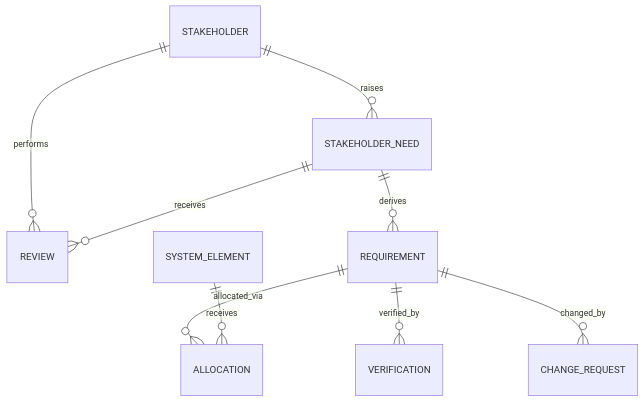
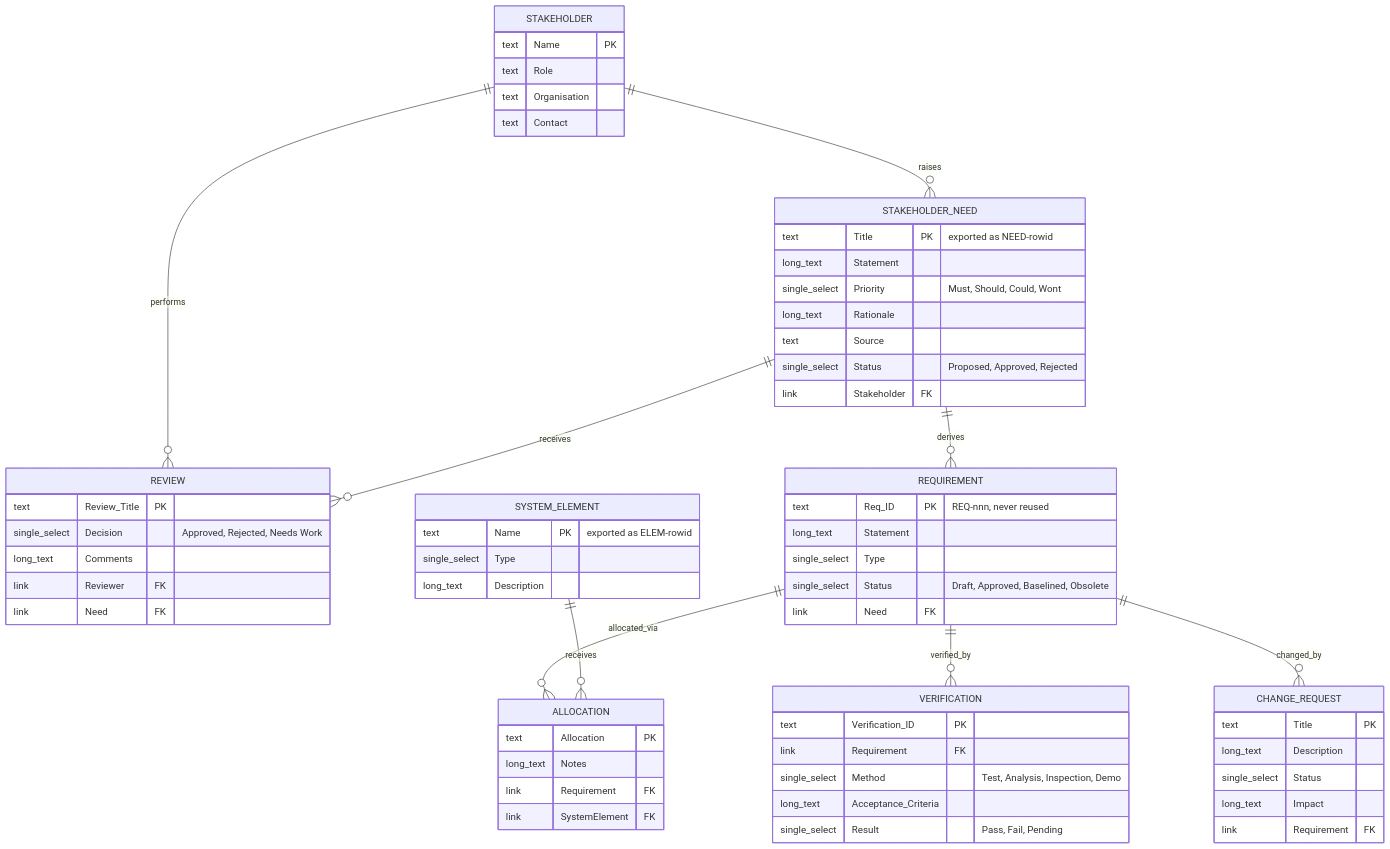
The first of 6 diagrams in SUBMISSION.md (aline-001/requirements-pipeline), drawn with Mermaid before and after one commit. The commit also changed other lines of this file, not shown here.

````diff
--- a/SUBMISSION.md
+++ b/SUBMISSION.md
@@ -35,12 +126,66 @@
 ```mermaid
 erDiagram
     STAKEHOLDER ||--o{ STAKEHOLDER_NEED : raises
     STAKEHOLDER ||--o{ REVIEW : performs
     STAKEHOLDER_NEED ||--o{ REVIEW : receives
     STAKEHOLDER_NEED ||--o{ REQUIREMENT : derives
     REQUIREMENT ||--o{ ALLOCATION : allocated_via
     SYSTEM_ELEMENT ||--o{ ALLOCATION : receives
     REQUIREMENT ||--o{ VERIFICATION : verified_by
     REQUIREMENT ||--o{ CHANGE_REQUEST : changed_by
 
+    STAKEHOLDER {
+        text Name PK
+        text Role
+        text Organisation
+        text Contact
+    }
+    STAKEHOLDER_NEED {
+        text Title PK "exported as NEED-rowid"
+        long_text Statement
+        single_select Priority "Must, Should, Could, Wont"
+        long_text Rationale
+        text Source
+        single_select Status "Proposed, Approved, Rejected"
+        link Stakeholder FK
+    }
+    REVIEW {
+        text Review_Title PK
+        single_select Decision "Approved, Rejected, Needs Work"
+        long_text Comments
+        link Reviewer FK
+        link Need FK
+    }
+    REQUIREMENT {
+        text Req_ID PK "REQ-nnn, never reused"
+        long_text Statement
+        single_select Type
+        single_select Status "Draft, Approved, Baselined, Obsolete"
+        link Need FK
+    }
+    SYSTEM_ELEMENT {
+        text Name PK "exported as ELEM-rowid"
+        single_select Type
+        long_text Description
+    }
+    ALLOCATION {
+        text Allocation PK
+        long_text Notes
+        link Requirement FK
+        link SystemElement FK
+    }
+    VERIFICATION {
+        text Verification_ID PK
+        link Requirement FK
+        single_select Method "Test, Analysis, Inspection, Demo"
+        long_text Acceptance_Criteria
+        single_select Result "Pass, Fail, Pending"
+    }
+    CHANGE_REQUEST {
+        text Title PK
+        long_text Description
+        single_select Status
+        long_text Impact
+        link Requirement FK
+    }
 ```
````
